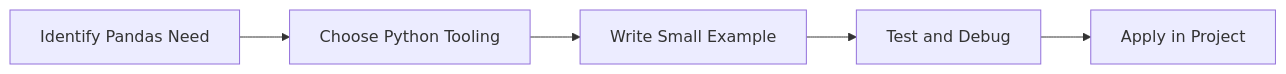
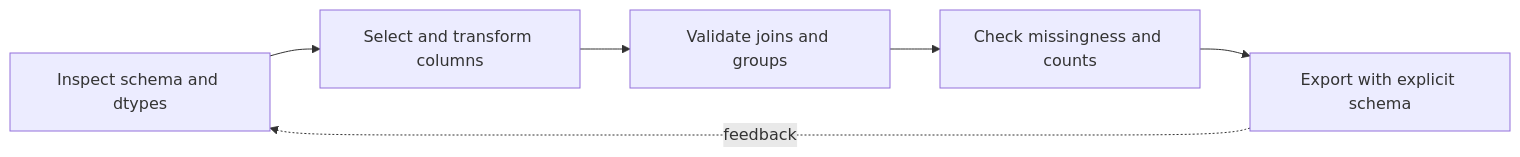
One commit to SYMOIZ/E-Learning-Portal changed the diagram in Python-Mastery/Advanced/20-pandas.md. Above: the diagram before and after it, drawn with Mermaid. The commit also changed other lines of this file and 116 other files, not shown here.

````diff
--- a/Python-Mastery/Advanced/20-pandas.md
+++ b/Python-Mastery/Advanced/20-pandas.md
@@ -129,7 +150,8 @@
 ```mermaid
 flowchart LR
-    A[Identify Pandas Need] --> B[Choose Python Tooling]
-    B --> C[Write Small Example]
-    C --> D[Test and Debug]
-    D --> E[Apply in Project]
+    A[Inspect schema and dtypes] --> B[Select and transform columns]
+    B --> C[Validate joins and groups]
+    C --> D[Check missingness and counts]
+    D --> E[Export with explicit schema]
+    E -. feedback .-> A
 ```
````
